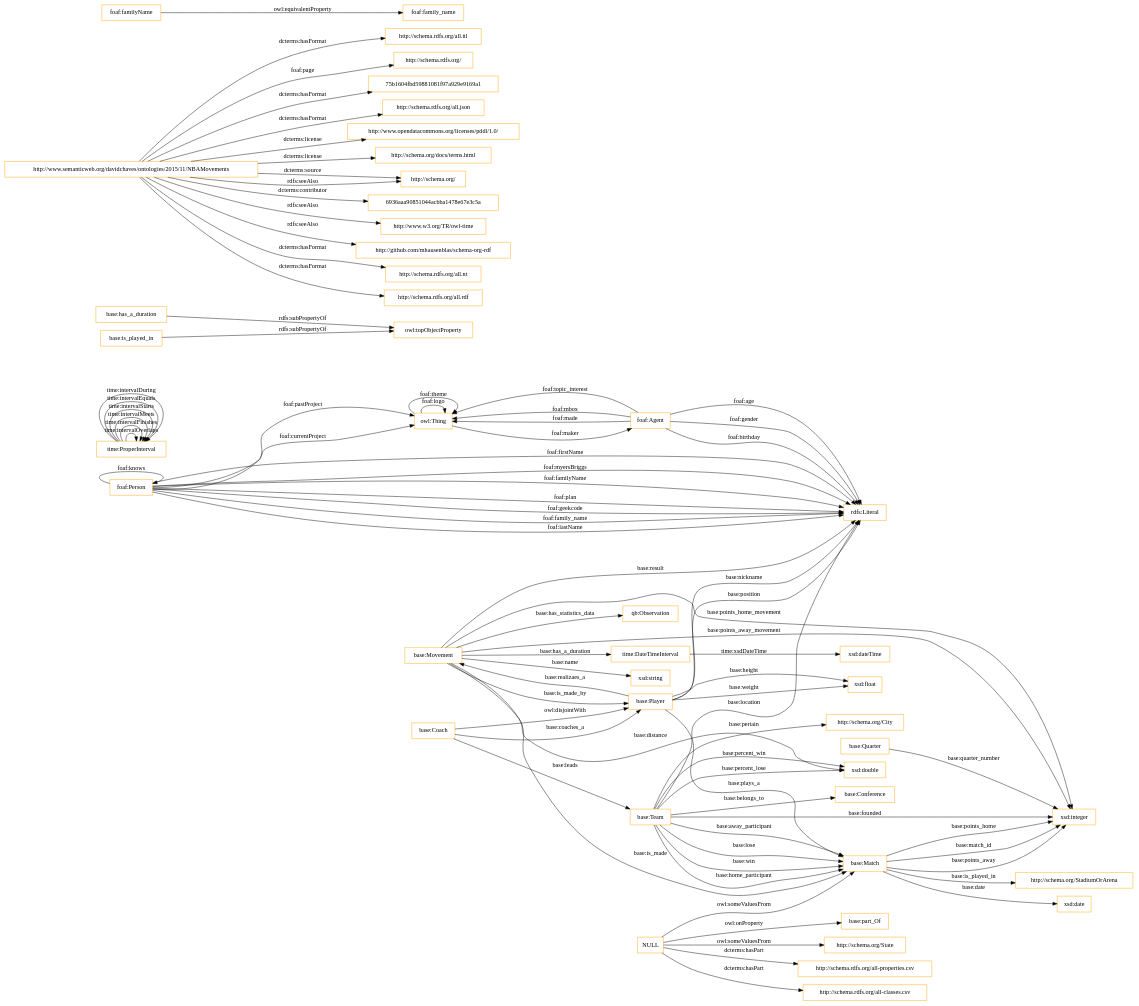
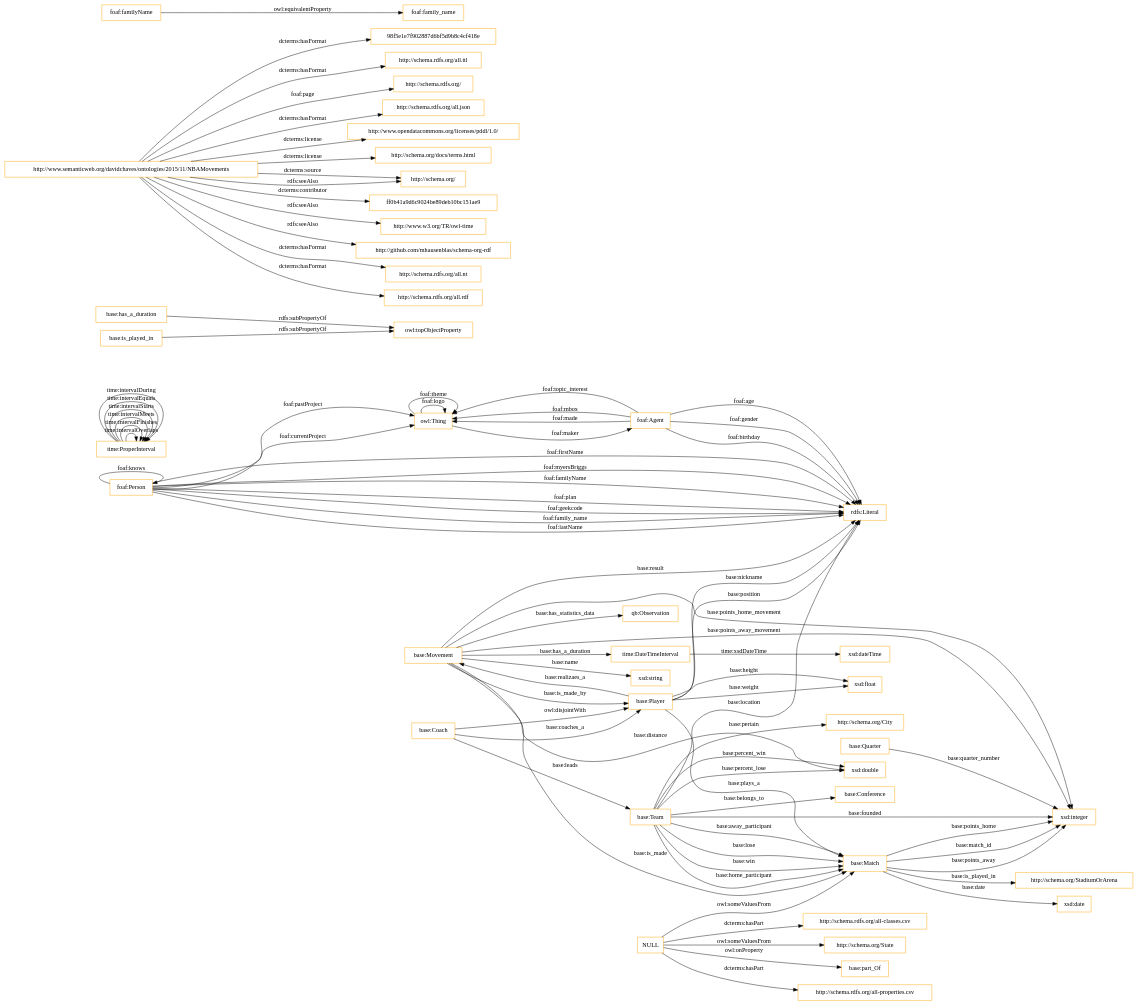
Before and after one commit to OnToologyUser/nba-ontology: the diagram in OnToology/ontology/nba.ttl/diagrams/ar2dtool-class/nba.ttl.png.dot, drawn with Graphviz. The commit also changed 26 other files, not shown here.

```diff
--- a/OnToology/ontology/nba.ttl/diagrams/ar2dtool-class/nba.ttl.png.dot
+++ b/OnToology/ontology/nba.ttl/diagrams/ar2dtool-class/nba.ttl.png.dot
@@ -1,87 +1,87 @@
 digraph ar2dtool_diagram { 
 rankdir=LR;
 size="1501"
 node [shape = rectangle, color="orange"]; "time:DateTimeInterval" "base:Team" "base:Coach" "time:ProperInterval" "http://schema.org/State" "http://schema.org/City" "foaf:Person" "base:Player" "base:Quarter" "http://schema.org/StadiumOrArena" "base:Match" "qb:Observation" "base:Movement" "base:Conference" ; /*classes style*/
 	"base:Coach" -> "base:Player" [ label = "owl:disjointWith" ];
 	"base:has_a_duration" -> "owl:topObjectProperty" [ label = "rdfs:subPropertyOf" ];
+	"http://www.semanticweb.org/davidchaves/ontologies/2015/11/NBAMovements" -> "98f5e1e7f902887d6bf5d9b8c4cf418e" [ label = "dcterms:hasFormat" ];
 	"http://www.semanticweb.org/davidchaves/ontologies/2015/11/NBAMovements" -> "http://schema.rdfs.org/all.ttl" [ label = "dcterms:hasFormat" ];
 	"http://www.semanticweb.org/davidchaves/ontologies/2015/11/NBAMovements" -> "http://schema.rdfs.org/" [ label = "foaf:page" ];
-	"http://www.semanticweb.org/davidchaves/ontologies/2015/11/NBAMovements" -> "75b1604fbd59881081f97a929e9169a1" [ label = "dcterms:hasFormat" ];
 	"http://www.semanticweb.org/davidchaves/ontologies/2015/11/NBAMovements" -> "http://schema.rdfs.org/all.json" [ label = "dcterms:hasFormat" ];
 	"http://www.semanticweb.org/davidchaves/ontologies/2015/11/NBAMovements" -> "http://www.opendatacommons.org/licenses/pddl/1.0/" [ label = "dcterms:license" ];
 	"http://www.semanticweb.org/davidchaves/ontologies/2015/11/NBAMovements" -> "http://schema.org/docs/terms.html" [ label = "dcterms:license" ];
 	"http://www.semanticweb.org/davidchaves/ontologies/2015/11/NBAMovements" -> "http://schema.org/" [ label = "dcterms:source" ];
-	"http://www.semanticweb.org/davidchaves/ontologies/2015/11/NBAMovements" -> "6936aaa90851044acbba1478e67e3c5a" [ label = "dcterms:contributor" ];
+	"http://www.semanticweb.org/davidchaves/ontologies/2015/11/NBAMovements" -> "ff0b41a9d6c9024be89deb10bc151ae9" [ label = "dcterms:contributor" ];
 	"http://www.semanticweb.org/davidchaves/ontologies/2015/11/NBAMovements" -> "http://www.w3.org/TR/owl-time" [ label = "rdfs:seeAlso" ];
 	"http://www.semanticweb.org/davidchaves/ontologies/2015/11/NBAMovements" -> "http://schema.org/" [ label = "rdfs:seeAlso" ];
 	"http://www.semanticweb.org/davidchaves/ontologies/2015/11/NBAMovements" -> "http://github.com/mhausenblas/schema-org-rdf" [ label = "rdfs:seeAlso" ];
 	"http://www.semanticweb.org/davidchaves/ontologies/2015/11/NBAMovements" -> "http://schema.rdfs.org/all.nt" [ label = "dcterms:hasFormat" ];
 	"http://www.semanticweb.org/davidchaves/ontologies/2015/11/NBAMovements" -> "http://schema.rdfs.org/all.rdf" [ label = "dcterms:hasFormat" ];
 	"base:is_played_in" -> "owl:topObjectProperty" [ label = "rdfs:subPropertyOf" ];
 	"foaf:familyName" -> "foaf:family_name" [ label = "owl:equivalentProperty" ];
-	"NULL" -> "http://schema.rdfs.org/all-properties.csv" [ label = "dcterms:hasPart" ];
-	"NULL" -> "http://schema.rdfs.org/all-classes.csv" [ label = "dcterms:hasPart" ];
 	"NULL" -> "base:Match" [ label = "owl:someValuesFrom" ];
 	"NULL" -> "http://schema.org/State" [ label = "owl:someValuesFrom" ];
 	"NULL" -> "base:part_Of" [ label = "owl:onProperty" ];
+	"NULL" -> "http://schema.rdfs.org/all-properties.csv" [ label = "dcterms:hasPart" ];
+	"NULL" -> "http://schema.rdfs.org/all-classes.csv" [ label = "dcterms:hasPart" ];
 	"base:Team" -> "http://schema.org/City" [ label = "base:pertain" ];
 	"base:Match" -> "xsd:integer" [ label = "base:points_away" ];
 	"base:Movement" -> "xsd:string" [ label = "base:name" ];
 	"base:Player" -> "rdfs:Literal" [ label = "base:position" ];
 	"base:Team" -> "xsd:integer" [ label = "base:founded" ];
 	"base:Player" -> "xsd:float" [ label = "base:weight" ];
 	"base:Movement" -> "base:Match" [ label = "base:is_made" ];
 	"base:Movement" -> "base:Player" [ label = "base:is_made_by" ];
 	"base:Team" -> "base:Match" [ label = "base:away_participant" ];
 	"foaf:Person" -> "owl:Thing" [ label = "foaf:pastProject" ];
 	"time:ProperInterval" -> "time:ProperInterval" [ label = "time:intervalOverlaps" ];
 	"foaf:Person" -> "rdfs:Literal" [ label = "foaf:firstName" ];
 	"base:Player" -> "base:Movement" [ label = "base:realizaes_a" ];
 	"base:Team" -> "base:Conference" [ label = "base:belongs_to" ];
 	"time:DateTimeInterval" -> "xsd:dateTime" [ label = "time:xsdDateTime" ];
 	"foaf:Agent" -> "owl:Thing" [ label = "foaf:topic_interest" ];
 	"base:Match" -> "xsd:date" [ label = "base:date" ];
 	"base:Player" -> "rdfs:Literal" [ label = "base:nickname" ];
 	"base:Team" -> "rdfs:Literal" [ label = "base:location" ];
 	"base:Match" -> "xsd:integer" [ label = "base:points_home" ];
 	"base:Team" -> "xsd:double" [ label = "base:percent_win" ];
 	"foaf:Agent" -> "rdfs:Literal" [ label = "foaf:gender" ];
 	"base:Match" -> "xsd:integer" [ label = "base:match_id" ];
 	"base:Team" -> "base:Match" [ label = "base:lose" ];
 	"base:Movement" -> "xsd:integer" [ label = "base:points_away_movement" ];
 	"base:Movement" -> "rdfs:Literal" [ label = "base:result" ];
 	"base:Team" -> "base:Match" [ label = "base:win" ];
 	"base:Player" -> "xsd:float" [ label = "base:height" ];
 	"time:ProperInterval" -> "time:ProperInterval" [ label = "time:intervalFinishes" ];
 	"owl:Thing" -> "foaf:Agent" [ label = "foaf:maker" ];
 	"base:Team" -> "base:Match" [ label = "base:home_participant" ];
 	"base:Movement" -> "time:DateTimeInterval" [ label = "base:has_a_duration" ];
 	"foaf:Person" -> "rdfs:Literal" [ label = "foaf:myersBriggs" ];
 	"foaf:Person" -> "rdfs:Literal" [ label = "foaf:familyName" ];
 	"time:ProperInterval" -> "time:ProperInterval" [ label = "time:intervalMeets" ];
 	"base:Movement" -> "xsd:double" [ label = "base:distance" ];
 	"foaf:Agent" -> "owl:Thing" [ label = "foaf:mbox" ];
 	"foaf:Person" -> "foaf:Person" [ label = "foaf:knows" ];
 	"owl:Thing" -> "owl:Thing" [ label = "foaf:logo" ];
 	"owl:Thing" -> "owl:Thing" [ label = "foaf:theme" ];
 	"base:Coach" -> "base:Team" [ label = "base:leads" ];
 	"time:ProperInterval" -> "time:ProperInterval" [ label = "time:intervalStarts" ];
 	"foaf:Person" -> "rdfs:Literal" [ label = "foaf:plan" ];
 	"foaf:Person" -> "rdfs:Literal" [ label = "foaf:geekcode" ];
 	"base:Team" -> "xsd:double" [ label = "base:percent_lose" ];
 	"foaf:Person" -> "rdfs:Literal" [ label = "foaf:family_name" ];
 	"base:Movement" -> "qb:Observation" [ label = "base:has_statistics_data" ];
 	"base:Coach" -> "base:Player" [ label = "base:coaches_a" ];
 	"base:Movement" -> "xsd:integer" [ label = "base:points_home_movement" ];
 	"foaf:Agent" -> "owl:Thing" [ label = "foaf:made" ];
 	"foaf:Person" -> "owl:Thing" [ label = "foaf:currentProject" ];
 	"time:ProperInterval" -> "time:ProperInterval" [ label = "time:intervalEquals" ];
 	"time:ProperInterval" -> "time:ProperInterval" [ label = "time:intervalDuring" ];
 	"foaf:Person" -> "rdfs:Literal" [ label = "foaf:lastName" ];
 	"foaf:Agent" -> "rdfs:Literal" [ label = "foaf:birthday" ];
 	"base:Player" -> "base:Match" [ label = "base:plays_a" ];
 	"base:Match" -> "http://schema.org/StadiumOrArena" [ label = "base:is_played_in" ];
 	"foaf:Agent" -> "rdfs:Literal" [ label = "foaf:age" ];
 	"base:Quarter" -> "xsd:integer" [ label = "base:quarter_number" ];
 
 }
```
